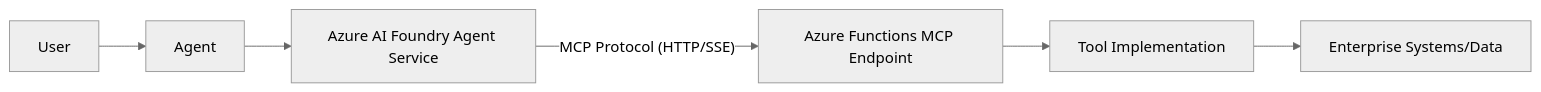
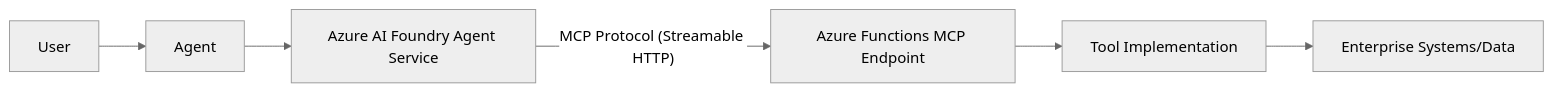
One commit to wildersa/azure_ref_kit changed the diagram in building-blocks/mcp/azure-functions-mcp-endpoint/README.md. Above: the diagram before and after it, drawn with Mermaid (neutral theme). The commit also changed other lines of this file and 1 other file, not shown here.

First line of the commit message:
Document MCP on Azure Functions reference pattern [MCP-002]

````diff
--- a/building-blocks/mcp/azure-functions-mcp-endpoint/README.md
+++ b/building-blocks/mcp/azure-functions-mcp-endpoint/README.md
@@ -13,8 +20,8 @@
 ```mermaid
 flowchart LR
     User --> Agent
     Agent --> Foundry[Azure AI Foundry Agent Service]
-    Foundry -- MCP Protocol (HTTP/SSE) --> Functions[Azure Functions MCP Endpoint]
+    Foundry -- MCP Protocol (Streamable HTTP) --> Functions[Azure Functions MCP Endpoint]
     Functions --> ToolLogic[Tool Implementation]
     ToolLogic --> Enterprise[Enterprise Systems/Data]
 ```
````
